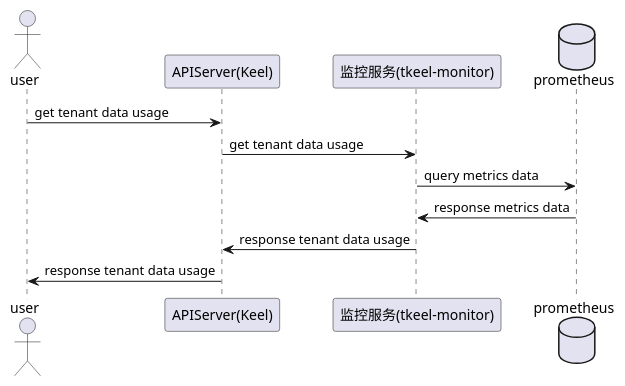
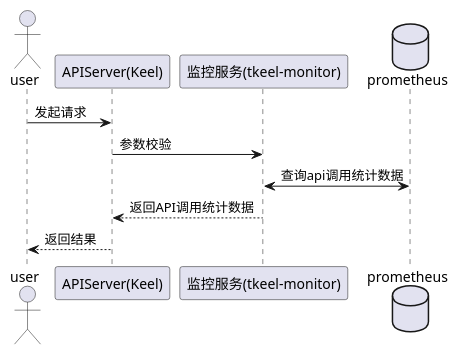
One commit to tkeel-io/docs changed the fourth of 4 diagrams in docs/api/appendix/plantuml/metrics-monitor.md. Above: the diagram before and after it, drawn with PlantUML. The commit also changed other lines of this file and 2 other files, not shown here.

````diff
--- a/docs/api/appendix/plantuml/metrics-monitor.md
+++ b/docs/api/appendix/plantuml/metrics-monitor.md
@@ -51,13 +57,15 @@
 ```plantuml
+@startuml
 actor user
 participant "APIServer(Keel)"  as keel
 participant “监控服务(tkeel-monitor)” as tkeelMmonitor
 database prometheus
 
-user->keel: get tenant data usage
-keel->tkeelMmonitor: get tenant data usage
-tkeelMmonitor->prometheus: query metrics data 
-prometheus->tkeelMmonitor: response metrics data 
-tkeelMmonitor->keel: response tenant data usage
-keel->user: response tenant data usage
+user->keel: 发起请求
+keel->tkeelMmonitor: 参数校验
+tkeelMmonitor<->prometheus: 查询api调用统计数据
+tkeelMmonitor-->keel: 返回API调用统计数据
+keel-->user: 返回结果
+@enduml
+
 ```
````
